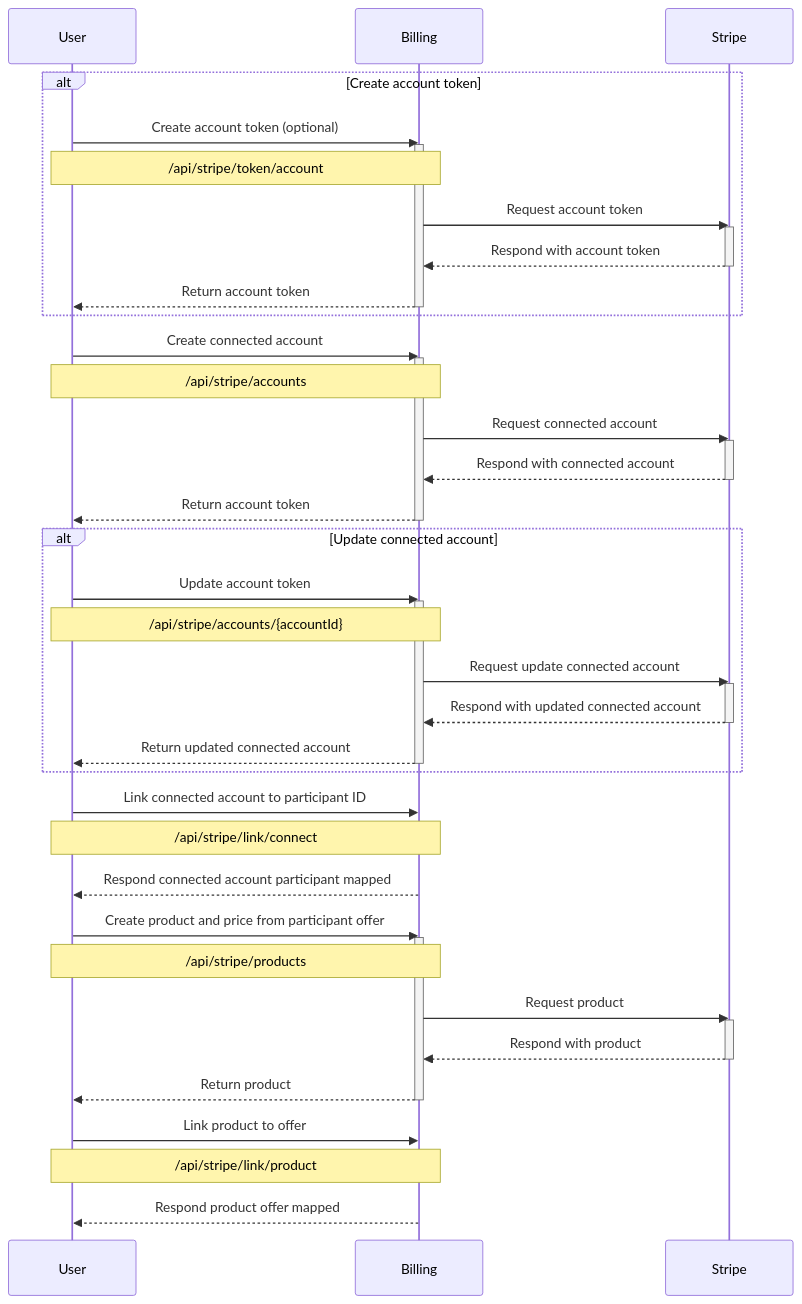
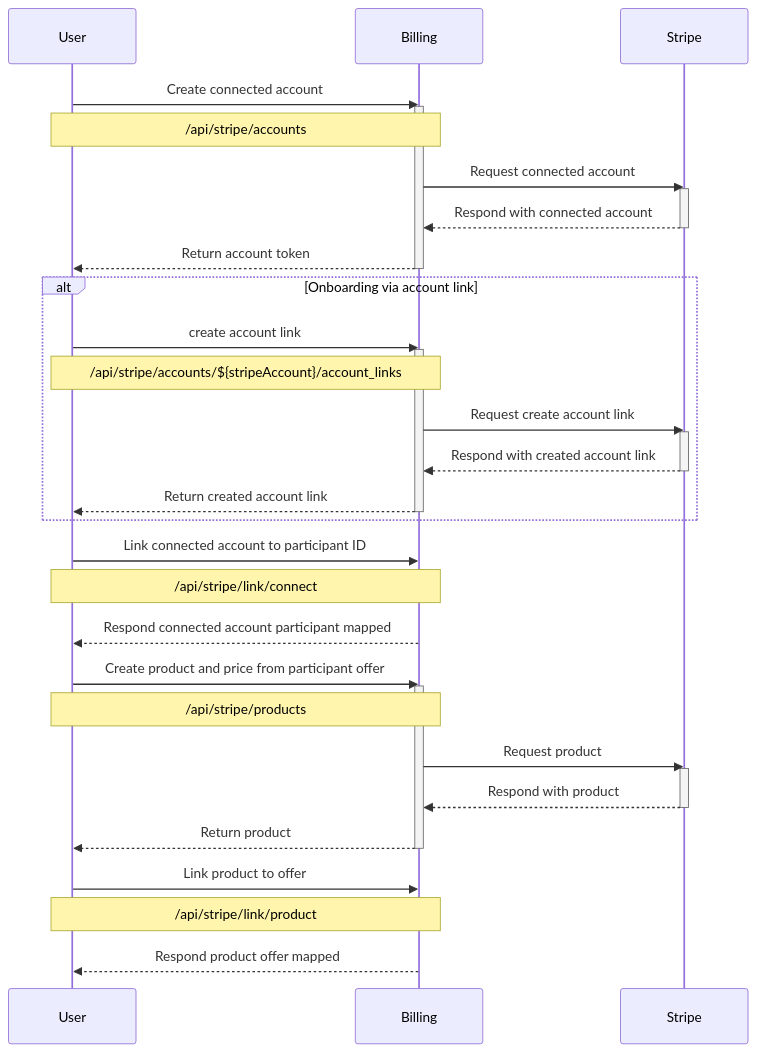
The first of 6 diagrams in docs/functional-flow.md (Prometheus-X-association/billing), drawn with Mermaid before and after one commit. The commit also changed other lines of this file and 3 other files, not shown here.

````diff
--- a/docs/functional-flow.md
+++ b/docs/functional-flow.md
@@ -3,64 +5,51 @@
 ```mermaid
 sequenceDiagram
     participant User
     participant Billing
     participant Stripe
-
-    %% Optional: User creates an account token on billing
-    alt Create account token
-        User->>Billing: Create account token (optional)
-        activate Billing
-        Note over User, Billing: /api/stripe/token/account
-        Billing->>Stripe: Request account token
-        activate Stripe
-        Stripe-->>Billing: Respond with account token
-        deactivate Stripe
-        Billing-->>User: Return account token
-        deactivate Billing
-    end 
 
     %% User creates a connected account on billing
     User->>Billing: Create connected account
     activate Billing
     Note over User, Billing: /api/stripe/accounts
     Billing->>Stripe: Request connected account
     activate Stripe
     Stripe-->>Billing: Respond with connected account
     deactivate Stripe
     Billing-->>User: Return account token
     deactivate Billing
 
-    %% Optional: User update an connected account
-    alt Update connected account
-        User->>Billing: Update account token
+    %% Optional: User generate an account link to proceed to onboarding
+    alt Onboarding via account link
+        User->>Billing: create account link
         activate Billing
-        Note over User, Billing: /api/stripe/accounts/{accountId}
-        Billing->>Stripe: Request update connected account
+        Note over User, Billing: /api/stripe/accounts/${stripeAccount}/account_links
+        Billing->>Stripe: Request create account link
         activate Stripe
-        Stripe-->>Billing: Respond with updated connected account
+        Stripe-->>Billing: Respond with created account link
         deactivate Stripe
-        Billing-->>User: Return updated connected account
+        Billing-->>User: Return created account link
         deactivate Billing
     end
 
     %% User links the connected account to participant ID
     User->>Billing: Link connected account to participant ID
     Note over User, Billing: /api/stripe/link/connect
     Billing-->>User: Respond connected account participant mapped
 
     %% User creates product and price from participant offer
     User->>Billing: Create product and price from participant offer
     activate Billing
     Note over User, Billing: /api/stripe/products
     Billing->>Stripe: Request product
     activate Stripe
     Stripe-->>Billing: Respond with product
     deactivate Stripe
     Billing-->>User: Return product
     deactivate Billing
 
     %% User links the product to the offer
     User->>Billing: Link product to offer
     Note over User, Billing: /api/stripe/link/product
     Billing-->>User: Respond product offer mapped
 ```
````
